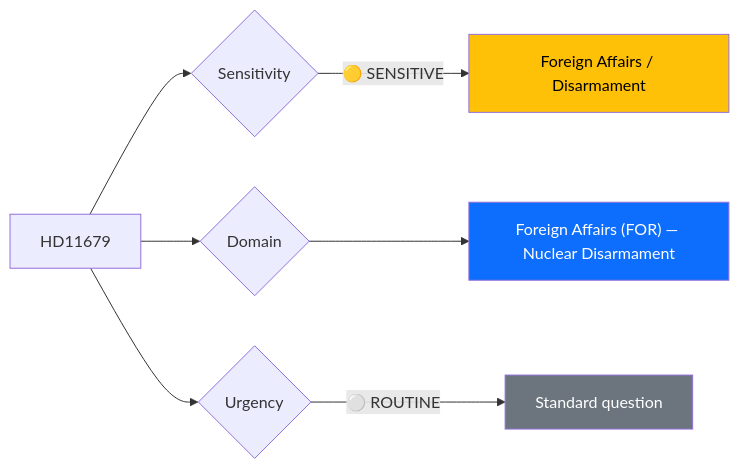
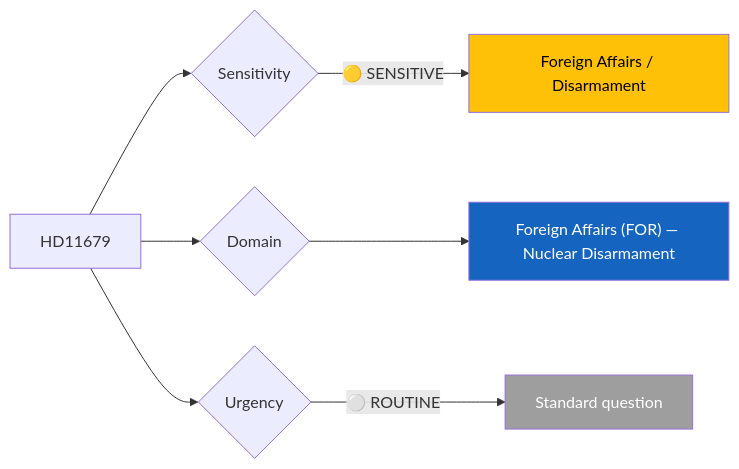
Before and after one commit to Hack23/riksdagsmonitor: the diagram in analysis/daily/2026-04-06/realtime-1029/documents/hd11679-analysis.md, drawn with Mermaid. The commit also changed 785 other files, not shown here.

First line of the commit message:
Normalize mermaid colors across 786 analysis artifacts to ISMS Style Guide palette

````diff
--- a/analysis/daily/2026-04-06/realtime-1029/documents/hd11679-analysis.md
+++ b/analysis/daily/2026-04-06/realtime-1029/documents/hd11679-analysis.md
@@ -28,15 +28,15 @@
 ```mermaid
 graph LR
     A[HD11679] --> B{Sensitivity}
     B -->|"🟡 SENSITIVE"| D[Foreign Affairs / Disarmament]
     
     A --> G{Domain}
     G --> H["Foreign Affairs (FOR) — Nuclear Disarmament"]
     
     A --> I{Urgency}
     I -->|"⚪ ROUTINE"| M[Standard question]
     
-    style D fill:#ffc107,color:#000
-    style H fill:#0d6efd,color:#fff
-    style M fill:#6c757d,color:#fff
+    style D fill:#FFC107,color:#000000
+    style H fill:#1565C0,color:#FFFFFF
+    style M fill:#9E9E9E,color:#FFFFFF
 ```
````
